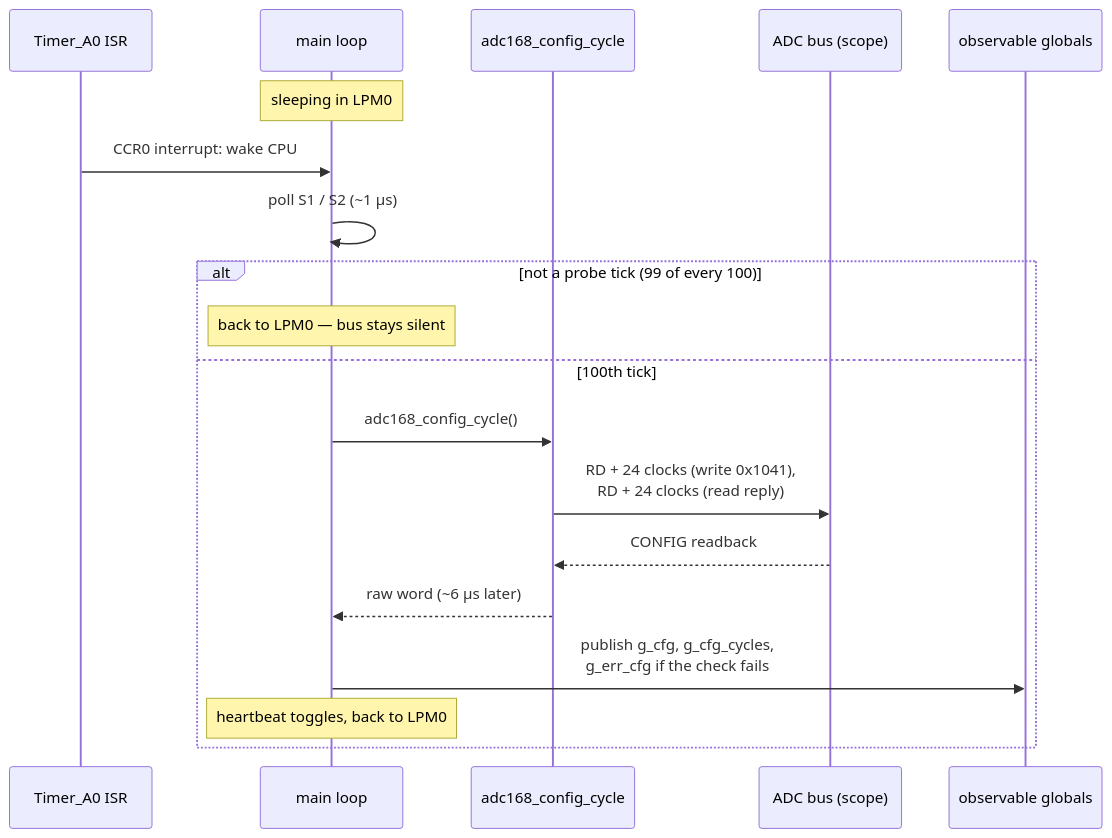
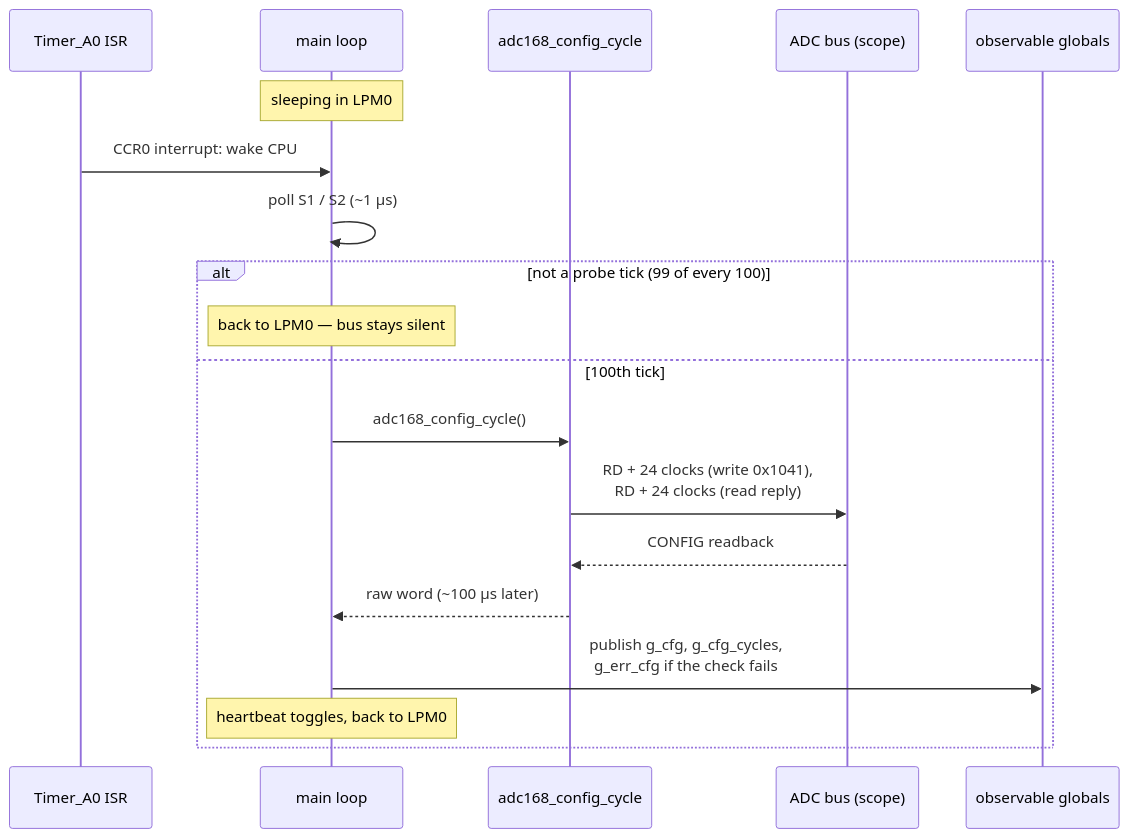
Diagram 12 of 13 in docs/DESIGN.md (S-OConnor/MSP430_TestRepo), drawn with Mermaid before and after one commit. The commit also changed other lines of this file and 13 other files, not shown here.

````diff
--- a/docs/DESIGN.md
+++ b/docs/DESIGN.md
@@ -1130,22 +1139,22 @@
 ```mermaid
 sequenceDiagram
     participant T as Timer_A0 ISR
     participant L as main loop
     participant D as adc168_config_cycle
     participant B as ADC bus (scope)
     participant G as observable globals
 
     Note over L: sleeping in LPM0
     T->>L: CCR0 interrupt: wake CPU
     L->>L: poll S1 / S2 (~1 µs)
     alt not a probe tick (99 of every 100)
         Note over L: back to LPM0 — bus stays silent
     else 100th tick
         L->>D: adc168_config_cycle()
         D->>B: RD + 24 clocks (write 0x1041),<br/>RD + 24 clocks (read reply)
         B-->>D: CONFIG readback
-        D-->>L: raw word (~6 µs later)
+        D-->>L: raw word (~100 µs later)
         L->>G: publish g_cfg, g_cfg_cycles,<br/>g_err_cfg if the check fails
         Note over L: heartbeat toggles, back to LPM0
     end
 ```
````
